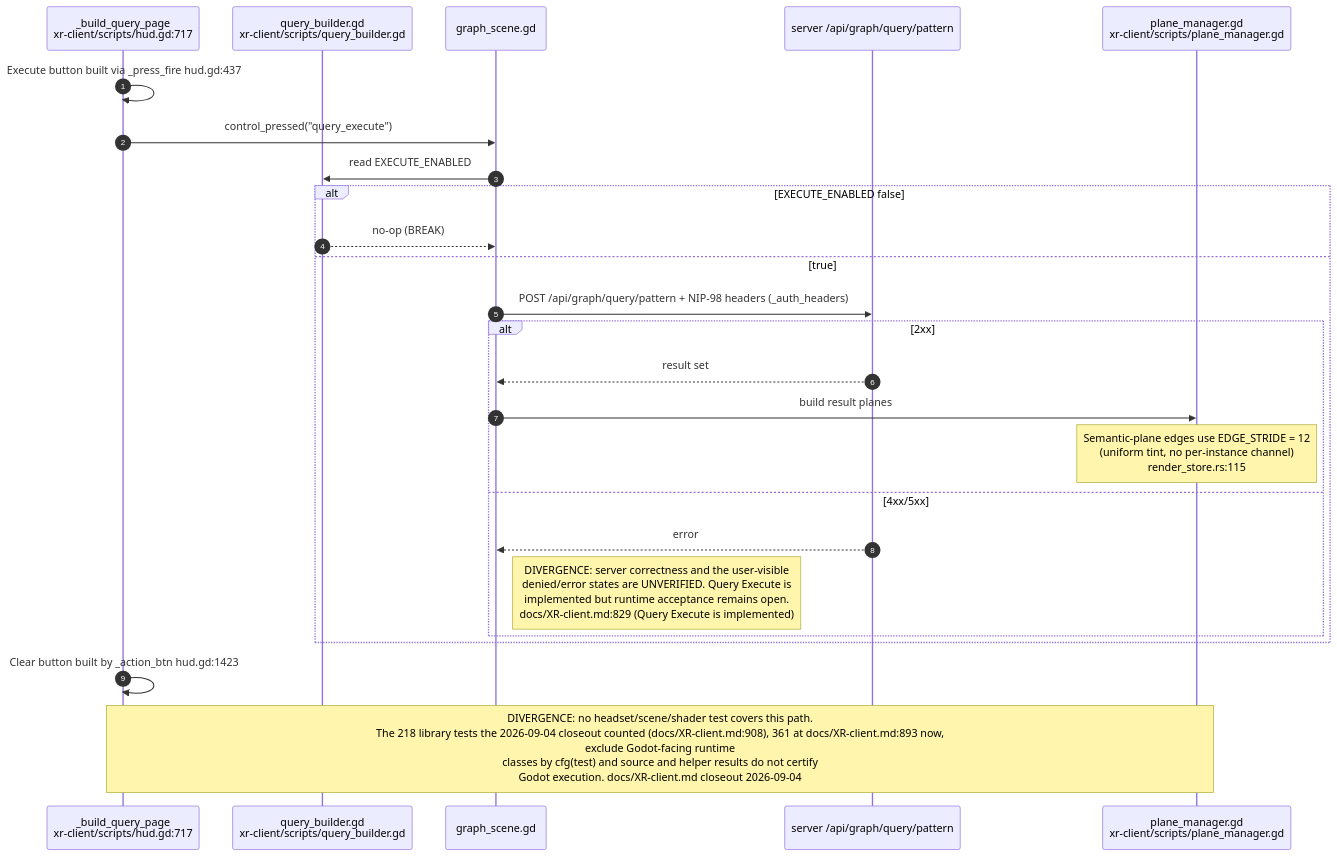
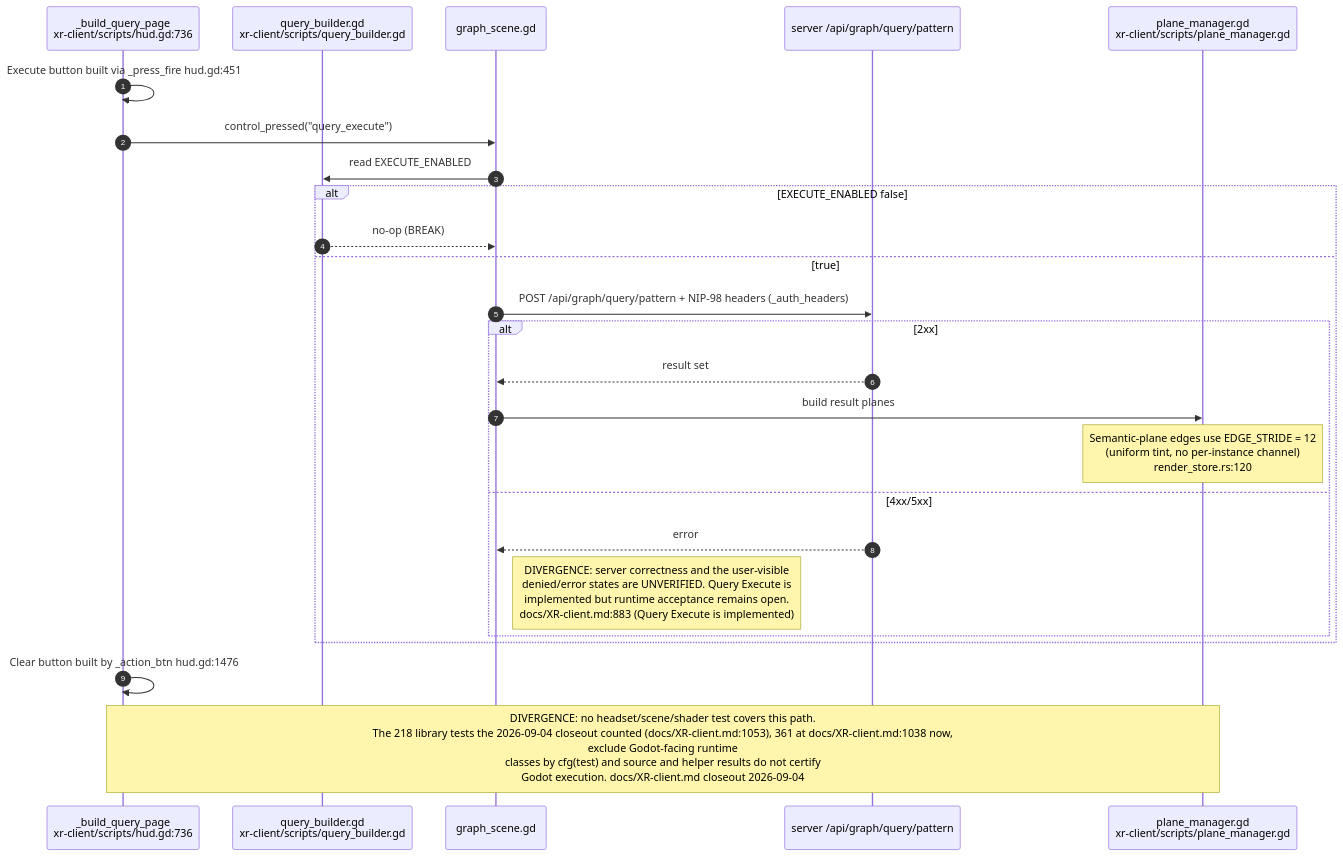
One commit to DreamLab-AI/VisionFlow changed diagram 17 of 27 in docs/diagrams/visionclaw/36-godot-xr-client.md. Above: the diagram before and after it, drawn with Mermaid. The commit also changed other lines of this file and 173 other files, not shown here.

````diff
--- a/docs/diagrams/visionclaw/36-godot-xr-client.md
+++ b/docs/diagrams/visionclaw/36-godot-xr-client.md
@@ -872,28 +885,28 @@
 ```mermaid
 sequenceDiagram
     autonumber
-    participant HD as _build_query_page<br/>xr-client/scripts/hud.gd:717
+    participant HD as _build_query_page<br/>xr-client/scripts/hud.gd:736
     participant QB as query_builder.gd<br/>xr-client/scripts/query_builder.gd
     participant GS as graph_scene.gd
     participant SV as server /api/graph/query/pattern
     participant PM as plane_manager.gd<br/>xr-client/scripts/plane_manager.gd
 
-    HD->>HD: Execute button built via _press_fire hud.gd:437
+    HD->>HD: Execute button built via _press_fire hud.gd:451
     HD->>GS: control_pressed("query_execute")
     GS->>QB: read EXECUTE_ENABLED
     alt EXECUTE_ENABLED false
         QB-->>GS: no-op (BREAK)
     else true
         GS->>SV: POST /api/graph/query/pattern + NIP-98 headers (_auth_headers)
         alt 2xx
             SV-->>GS: result set
             GS->>PM: build result planes
-            Note over PM: Semantic-plane edges use EDGE_STRIDE = 12<br/>(uniform tint, no per-instance channel)<br/>render_store.rs:115
+            Note over PM: Semantic-plane edges use EDGE_STRIDE = 12<br/>(uniform tint, no per-instance channel)<br/>render_store.rs:120
         else 4xx/5xx
             SV-->>GS: error
-            Note right of GS: DIVERGENCE: server correctness and the user-visible<br/>denied/error states are UNVERIFIED. Query Execute is<br/>implemented but runtime acceptance remains open.<br/>docs/XR-client.md:829 (Query Execute is implemented)
+            Note right of GS: DIVERGENCE: server correctness and the user-visible<br/>denied/error states are UNVERIFIED. Query Execute is<br/>implemented but runtime acceptance remains open.<br/>docs/XR-client.md:883 (Query Execute is implemented)
         end
     end
-    HD->>HD: Clear button built by _action_btn hud.gd:1423
-    Note over HD,PM: DIVERGENCE: no headset/scene/shader test covers this path.<br/>The 218 library tests the 2026-09-04 closeout counted (docs/XR-client.md:908), 361 at docs/XR-client.md:893 now,<br/>exclude Godot-facing runtime<br/>classes by cfg(test) and source and helper results do not certify<br/>Godot execution. docs/XR-client.md closeout 2026-09-04
+    HD->>HD: Clear button built by _action_btn hud.gd:1476
+    Note over HD,PM: DIVERGENCE: no headset/scene/shader test covers this path.<br/>The 218 library tests the 2026-09-04 closeout counted (docs/XR-client.md:1053), 361 at docs/XR-client.md:1038 now,<br/>exclude Godot-facing runtime<br/>classes by cfg(test) and source and helper results do not certify<br/>Godot execution. docs/XR-client.md closeout 2026-09-04
 ```
````
